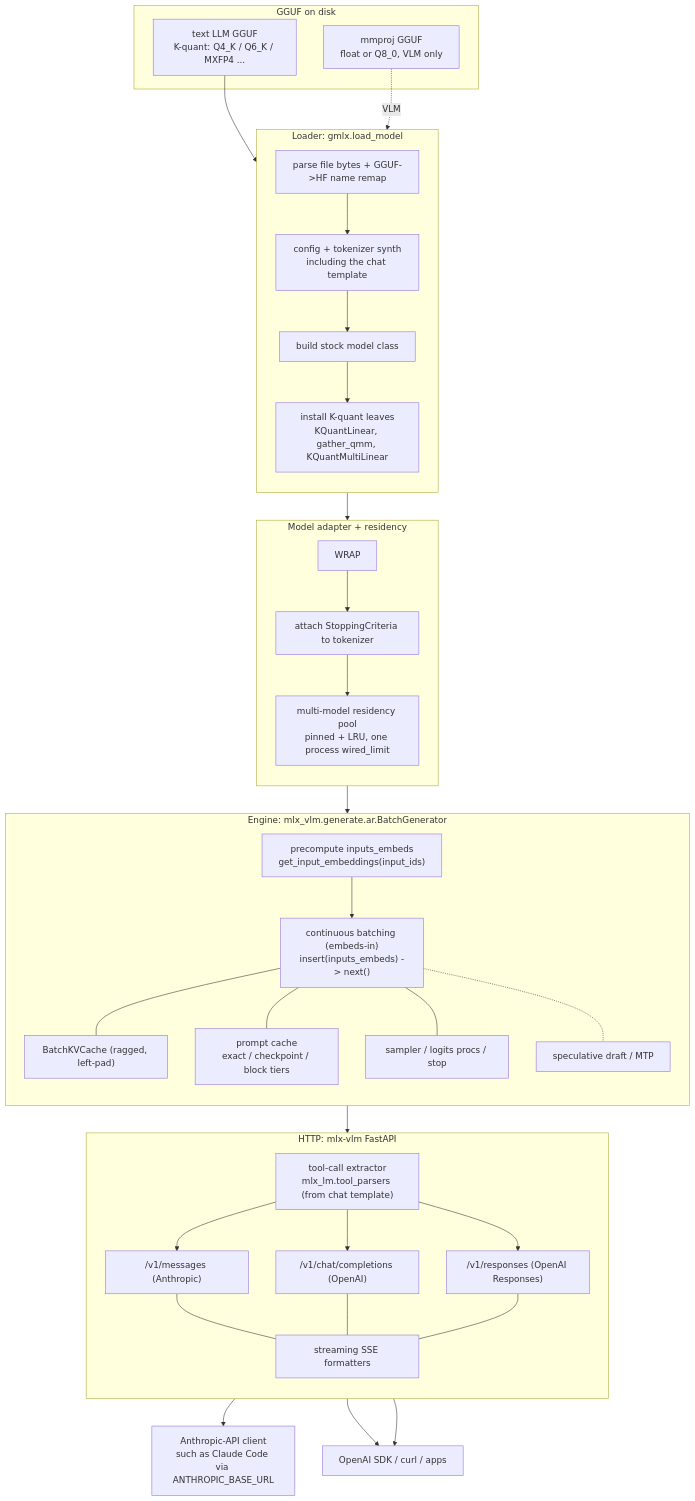
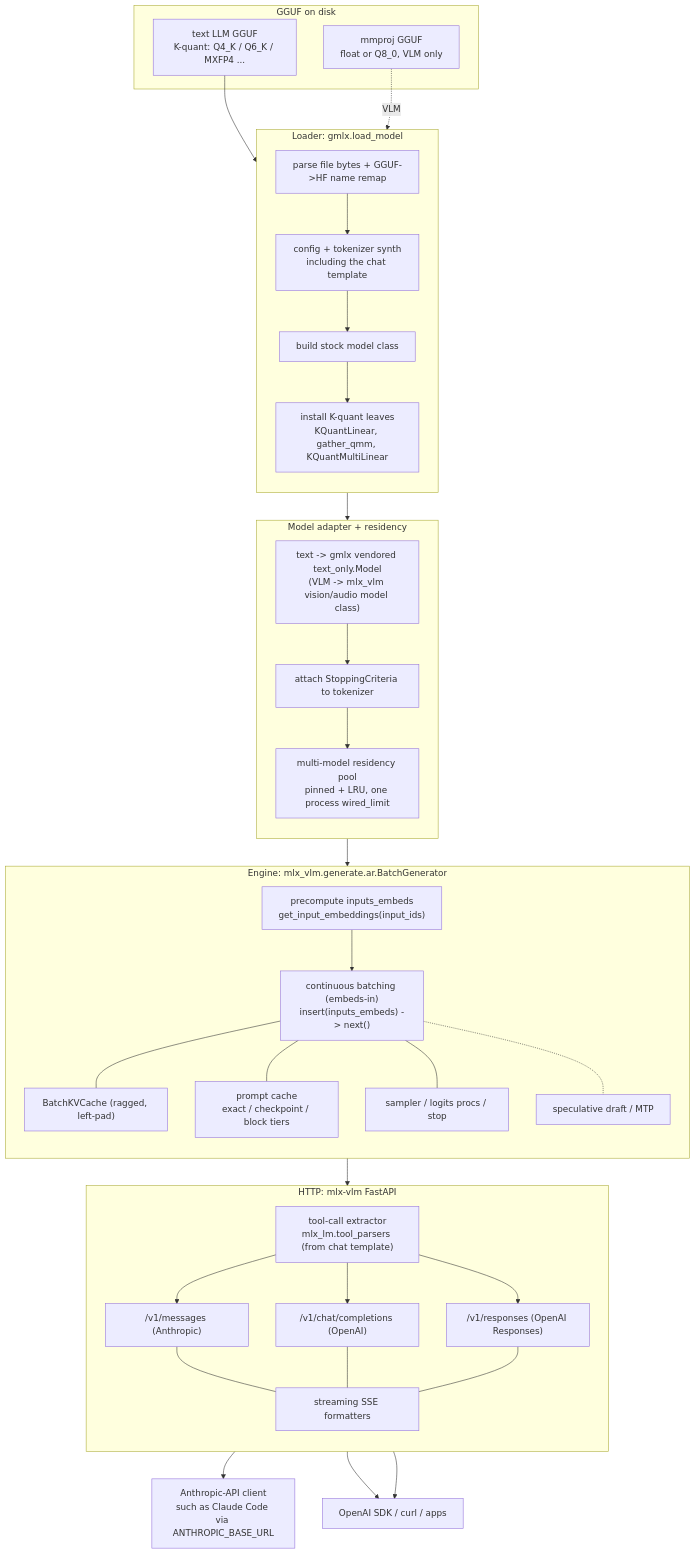
Before and after one commit to asher/gmlx: the first of 2 diagrams in docs/internals/serving-architecture.md, drawn with Mermaid. The commit also changed other lines of this file and 34 other files, not shown here.

````diff
--- a/docs/internals/serving-architecture.md
+++ b/docs/internals/serving-architecture.md
@@ -18,62 +18,63 @@
 ```mermaid
 flowchart TD
     subgraph DISK["GGUF on disk"]
         LLM["text LLM GGUF<br/>K-quant: Q4_K / Q6_K / MXFP4 ..."]
         MM["mmproj GGUF<br/>float or Q8_0, VLM only"]
     end
 
     subgraph LOAD["Loader: gmlx.load_model"]
         direction TB
         PARSE["parse file bytes + GGUF->HF name remap"]
         SYNTH["config + tokenizer synth<br/>including the chat template"]
         BUILD["build stock model class"]
         KQ["install K-quant leaves<br/>KQuantLinear, gather_qmm, KQuantMultiLinear"]
         PARSE --> SYNTH --> BUILD --> KQ
     end
     LLM --> PARSE
     MM -. VLM .-> PARSE
 
     subgraph ADAPT["Model adapter + residency"]
-        direction TB        WRAP["text -> gmlx vendored text_only.Model<br/>(VLM -> mlx_vlm vision/audio model class)"]
+        direction TB
+        WRAP["text -> gmlx vendored text_only.Model<br/>(VLM -> mlx_vlm vision/audio model class)"]
         STOP["attach StoppingCriteria to tokenizer"]
         REG["multi-model residency pool<br/>pinned + LRU, one process wired_limit"]
         WRAP --> STOP --> REG
     end
     KQ --> WRAP
 
     subgraph ENGINE["Engine: mlx_vlm.generate.ar.BatchGenerator"]
         direction TB
         EMB["precompute inputs_embeds<br/>get_input_embeddings(input_ids)"]
         BG["continuous batching (embeds-in)<br/>insert(inputs_embeds) -> next()"]
         KVC["BatchKVCache (ragged, left-pad)"]
         APC["prompt cache<br/>exact / checkpoint / block tiers"]
         SAMP["sampler / logits procs / stop"]
         MTP["speculative draft / MTP"]
         EMB --> BG
         BG --- KVC
         BG --- APC
         BG --- SAMP
         BG -.- MTP
     end
     REG --> EMB
 
     subgraph PROTO["HTTP: mlx-vlm FastAPI"]
         direction TB
         TOOLS["tool-call extractor<br/>mlx_lm.tool_parsers (from chat template)"]
         ANTH["/v1/messages (Anthropic)"]
         OAI["/v1/chat/completions (OpenAI)"]
         RESP["/v1/responses (OpenAI Responses)"]
         SSE["streaming SSE formatters"]
         TOOLS --> ANTH & OAI & RESP
         ANTH --- SSE
         OAI --- SSE
         RESP --- SSE
     end
     BG --> TOOLS
 
     CC["Anthropic-API client<br/>such as Claude Code via ANTHROPIC_BASE_URL"]
     SDK["OpenAI SDK / curl / apps"]
     ANTH --> CC
     OAI --> SDK
     RESP --> SDK
 ```
````
